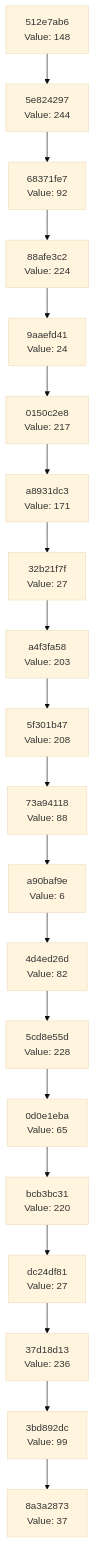
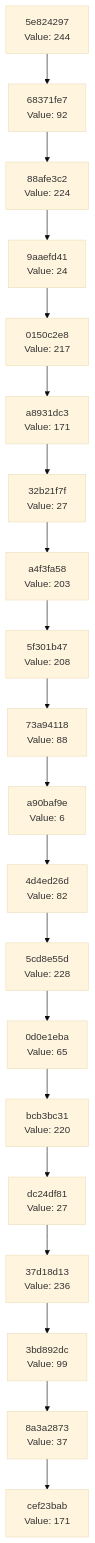
Before and after one commit to Abhisheksinha1506/hash-chain-evolver: the diagram in docs/CHAIN_VISUALIZATION.md, drawn with Mermaid (base theme). The commit also changed 2 other files, not shown here.

Commit message:
Evolution Step

````diff
--- a/docs/CHAIN_VISUALIZATION.md
+++ b/docs/CHAIN_VISUALIZATION.md
@@ -3,42 +3,42 @@
 ```mermaid
 graph TD
-    C0["8a3a2873<br/>Value: 37"]
-    C1["3bd892dc<br/>Value: 99"]
+    C0["cef23bab<br/>Value: 171"]
+    C1["8a3a2873<br/>Value: 37"]
     C1 --> C0
-    C2["37d18d13<br/>Value: 236"]
+    C2["3bd892dc<br/>Value: 99"]
     C2 --> C1
-    C3["dc24df81<br/>Value: 27"]
+    C3["37d18d13<br/>Value: 236"]
     C3 --> C2
-    C4["bcb3bc31<br/>Value: 220"]
+    C4["dc24df81<br/>Value: 27"]
     C4 --> C3
-    C5["0d0e1eba<br/>Value: 65"]
+    C5["bcb3bc31<br/>Value: 220"]
     C5 --> C4
-    C6["5cd8e55d<br/>Value: 228"]
+    C6["0d0e1eba<br/>Value: 65"]
     C6 --> C5
-    C7["4d4ed26d<br/>Value: 82"]
+    C7["5cd8e55d<br/>Value: 228"]
     C7 --> C6
-    C8["a90baf9e<br/>Value: 6"]
+    C8["4d4ed26d<br/>Value: 82"]
     C8 --> C7
-    C9["73a94118<br/>Value: 88"]
+    C9["a90baf9e<br/>Value: 6"]
     C9 --> C8
-    C10["5f301b47<br/>Value: 208"]
+    C10["73a94118<br/>Value: 88"]
     C10 --> C9
-    C11["a4f3fa58<br/>Value: 203"]
+    C11["5f301b47<br/>Value: 208"]
     C11 --> C10
-    C12["32b21f7f<br/>Value: 27"]
+    C12["a4f3fa58<br/>Value: 203"]
     C12 --> C11
-    C13["a8931dc3<br/>Value: 171"]
+    C13["32b21f7f<br/>Value: 27"]
     C13 --> C12
-    C14["0150c2e8<br/>Value: 217"]
+    C14["a8931dc3<br/>Value: 171"]
     C14 --> C13
-    C15["9aaefd41<br/>Value: 24"]
+    C15["0150c2e8<br/>Value: 217"]
     C15 --> C14
-    C16["88afe3c2<br/>Value: 224"]
+    C16["9aaefd41<br/>Value: 24"]
     C16 --> C15
-    C17["68371fe7<br/>Value: 92"]
+    C17["88afe3c2<br/>Value: 224"]
     C17 --> C16
-    C18["5e824297<br/>Value: 244"]
+    C18["68371fe7<br/>Value: 92"]
     C18 --> C17
-    C19["512e7ab6<br/>Value: 148"]
+    C19["5e824297<br/>Value: 244"]
     C19 --> C18
 ```
````
